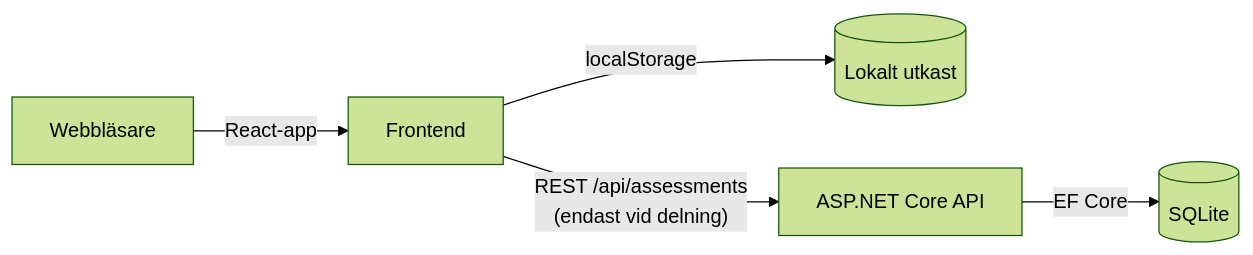
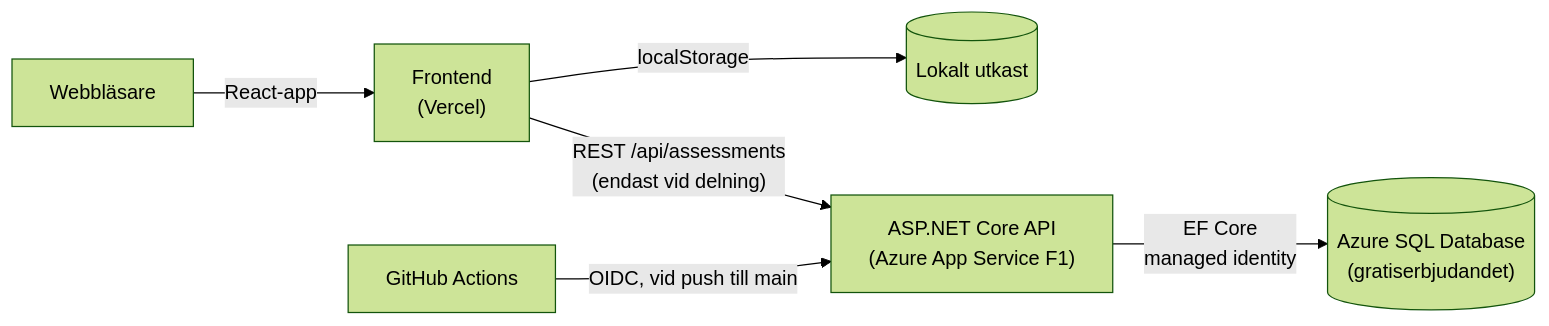
One commit to CodeAndersson/NIS2ComplianceAssistant changed the diagram in README.md. Above: the diagram before and after it, drawn with Mermaid (forest theme). The commit also changed other lines of this file, not shown here.

Commit message:
Document the Azure deployment, free tiers and pipeline in the README

````diff
--- a/README.md
+++ b/README.md
@@ -40,7 +41,8 @@
 ```mermaid
 flowchart LR
-    U[Webbläsare] -->|React-app| F[Frontend]
+    U[Webbläsare] -->|React-app| F["Frontend<br/>(Vercel)"]
     F -->|localStorage| L[(Lokalt utkast)]
-    F -->|"REST /api/assessments<br/>(endast vid delning)"| A[ASP.NET Core API]
-    A -->|EF Core| D[(SQLite)]
+    F -->|"REST /api/assessments<br/>(endast vid delning)"| A["ASP.NET Core API<br/>(Azure App Service F1)"]
+    A -->|"EF Core<br/>managed identity"| D[("Azure SQL Database<br/>(gratiserbjudandet)")]
+    G[GitHub Actions] -->|"OIDC, vid push till main"| A
 ```
````
